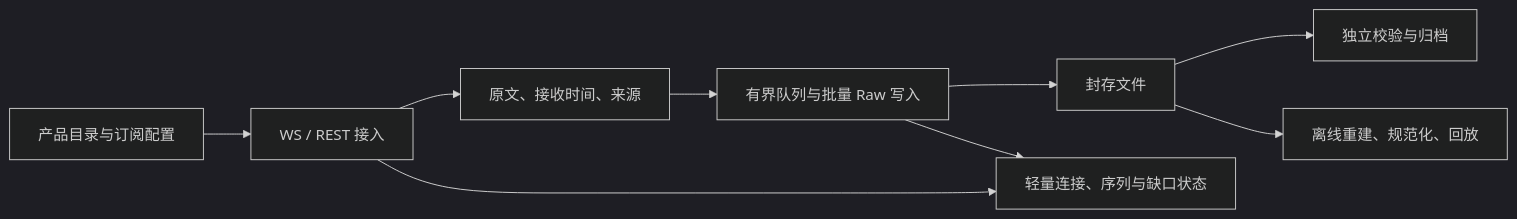
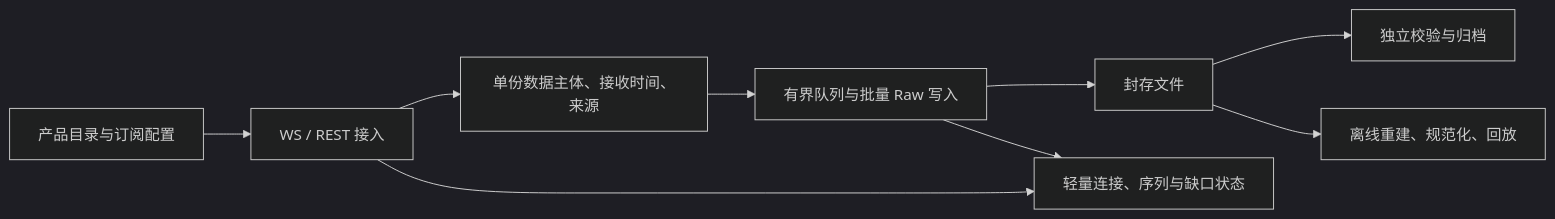
Before and after one commit to tomohikoAmada/BinanceMarketDataRecorder: the diagram in docs/production_milestone_plan.md, drawn with Mermaid (dark theme). The commit also changed other lines of this file and 14 other files, not shown here.

````diff
--- a/docs/production_milestone_plan.md
+++ b/docs/production_milestone_plan.md
@@ -40,11 +61,11 @@
 ```mermaid
 flowchart LR
   A[产品目录与订阅配置] --> B[WS / REST 接入]
-  B --> C[原文、接收时间、来源]
+  B --> C[单份数据主体、接收时间、来源]
   C --> D[有界队列与批量 Raw 写入]
   D --> E[封存文件]
   E --> F[独立校验与归档]
   E --> G[离线重建、规范化、回放]
   B --> H[轻量连接、序列与缺口状态]
   D --> H
 ```
````
